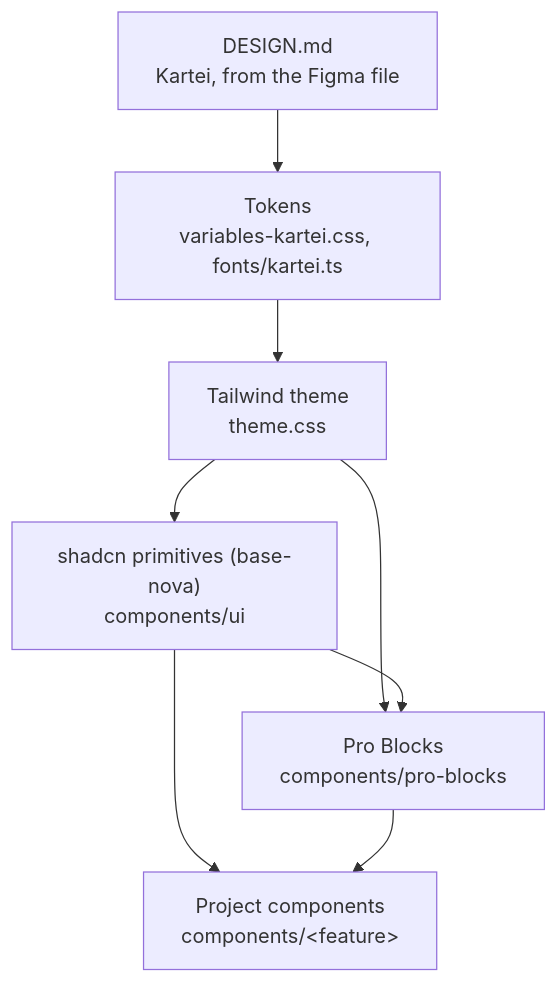
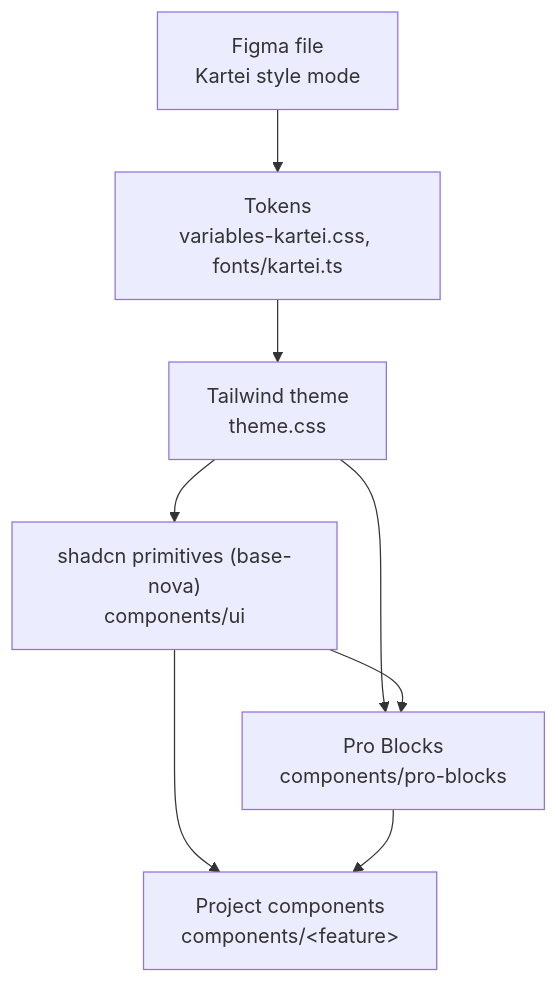
Before and after one commit to mrpitch/atelier-fuer-innovationen-new: the second of 2 diagrams in docs/explanation/about-architecture.md, drawn with Mermaid. The commit also changed other lines of this file and 20 other files, not shown here.

First line of the commit message:
docs(design): replace DESIGN.md with a Kartei design-system reference doc

````diff
--- a/docs/explanation/about-architecture.md
+++ b/docs/explanation/about-architecture.md
@@ -40,10 +40,10 @@
 ```mermaid
 flowchart TB
-  design["DESIGN.md<br/>Kartei, from the Figma file"] --> tokens["Tokens<br/>variables-kartei.css, fonts/kartei.ts"]
+  design["Figma file<br/>Kartei style mode"] --> tokens["Tokens<br/>variables-kartei.css, fonts/kartei.ts"]
   tokens --> theme["Tailwind theme<br/>theme.css"]
   theme --> ui["shadcn primitives (base-nova)<br/>components/ui"]
   theme --> blocks["Pro Blocks<br/>components/pro-blocks"]
   ui --> blocks
   ui --> project["Project components<br/>components/&lt;feature&gt;"]
   blocks --> project
 ```
````
